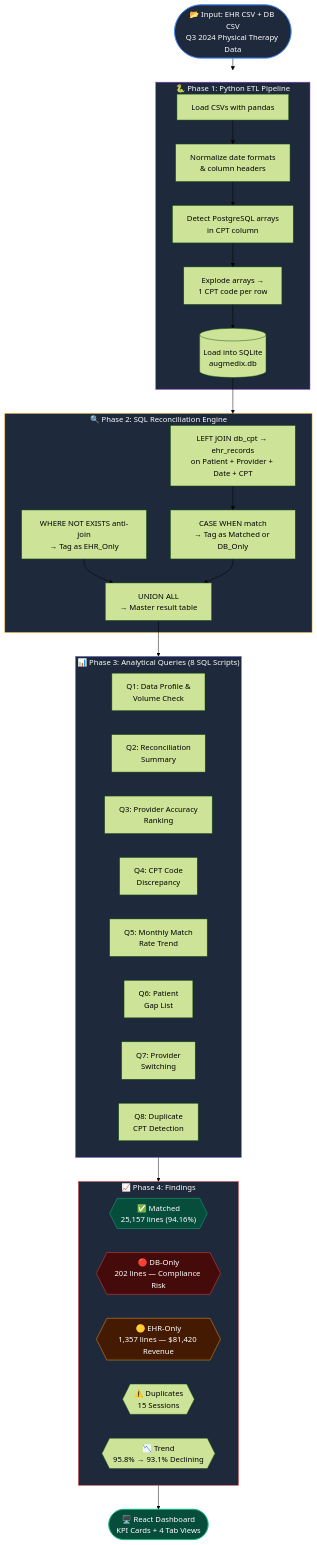
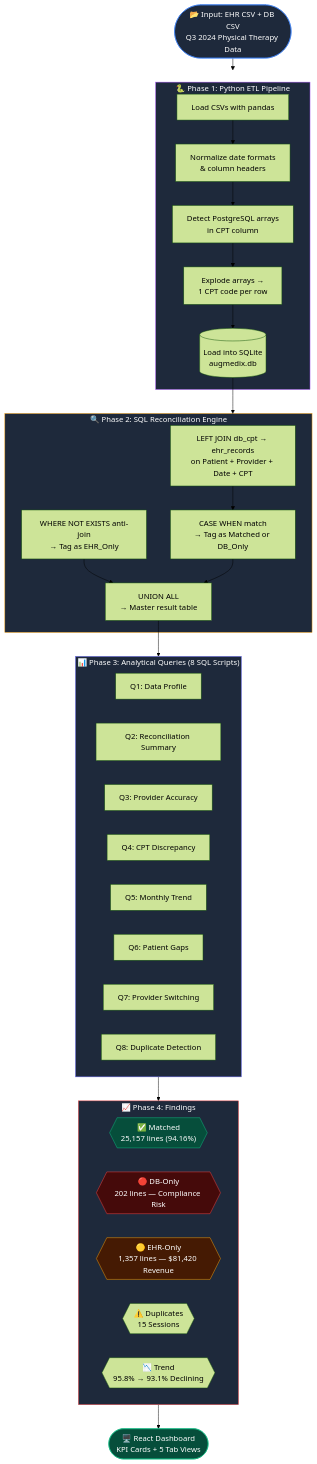
Before and after one commit to Syeed7682/Augmedix-Central-Operations-Case-Study: the second of 4 diagrams in Report/Thought_Process.md, drawn with Mermaid (forest theme). The commit also changed other lines of this file, not shown here.

````diff
--- a/Report/Thought_Process.md
+++ b/Report/Thought_Process.md
@@ -104,62 +148,62 @@
 ```mermaid
 flowchart TD
     START(["📂 Input: EHR CSV + DB CSV\nQ3 2024 Physical Therapy Data"])
 
     START --> P1
 
     subgraph P1 ["🐍 Phase 1: Python ETL Pipeline"]
         E1["Load CSVs with pandas"]
         E2["Normalize date formats\n& column headers"]
         E3["Detect PostgreSQL arrays\nin CPT column"]
         E4["Explode arrays →\n1 CPT code per row"]
         E5[("Load into SQLite\naugmedix.db")]
         E1 --> E2 --> E3 --> E4 --> E5
     end
 
     E5 --> P2
 
     subgraph P2 ["🔍 Phase 2: SQL Reconciliation Engine"]
         S1["LEFT JOIN db_cpt → ehr_records\non Patient + Provider + Date + CPT"]
         S2["CASE WHEN match\n→ Tag as Matched or DB_Only"]
         S3["WHERE NOT EXISTS anti-join\n→ Tag as EHR_Only"]
         S4["UNION ALL\n→ Master result table"]
         S1 --> S2
         S3 --> S4
         S2 --> S4
     end
 
     S4 --> P3
 
     subgraph P3 ["📊 Phase 3: Analytical Queries (8 SQL Scripts)"]
-        Q1["Q1: Data Profile &\nVolume Check"]
-        Q2["Q2: Reconciliation\nSummary"]
-        Q3["Q3: Provider Accuracy\nRanking"]
-        Q4["Q4: CPT Code\nDiscrepancy"]
-        Q5["Q5: Monthly Match\nRate Trend"]
-        Q6["Q6: Patient\nGap List"]
-        Q7["Q7: Provider\nSwitching"]
-        Q8["Q8: Duplicate\nCPT Detection"]
+        Q1["Q1: Data Profile"]
+        Q2["Q2: Reconciliation Summary"]
+        Q3["Q3: Provider Accuracy"]
+        Q4["Q4: CPT Discrepancy"]
+        Q5["Q5: Monthly Trend"]
+        Q6["Q6: Patient Gaps"]
+        Q7["Q7: Provider Switching"]
+        Q8["Q8: Duplicate Detection"]
     end
 
     P3 --> P4
 
     subgraph P4 ["📈 Phase 4: Findings"]
         F1{{"✅ Matched\n25,157 lines (94.16%)"}}
         F2{{"🔴 DB-Only\n202 lines — Compliance Risk"}}
         F3{{"🟡 EHR-Only\n1,357 lines — $81,420 Revenue"}}
         F4{{"⚠️ Duplicates\n15 Sessions"}}
         F5{{"📉 Trend\n95.8% → 93.1% Declining"}}
     end
 
-    P4 --> DASHBOARD(["🖥️ React Dashboard\nKPI Cards + 4 Tab Views"])
+    P4 --> DASHBOARD(["🖥️ React Dashboard\nKPI Cards + 5 Tab Views"])
 
     style START fill:#1e293b,stroke:#3b82f6,color:#fff
     style P1 fill:#1e293b,stroke:#a855f7,color:#fff
     style P2 fill:#1e293b,stroke:#f59e0b,color:#fff
     style P3 fill:#1e293b,stroke:#6366f1,color:#fff
     style P4 fill:#1e293b,stroke:#ef4444,color:#fff
     style F1 fill:#064e3b,stroke:#10b981,color:#fff
     style F2 fill:#450a0a,stroke:#ef4444,color:#fff
     style F3 fill:#451a03,stroke:#f59e0b,color:#fff
     style DASHBOARD fill:#064e3b,stroke:#10b981,color:#fff
 ```
````
